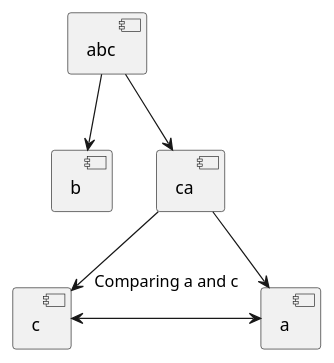
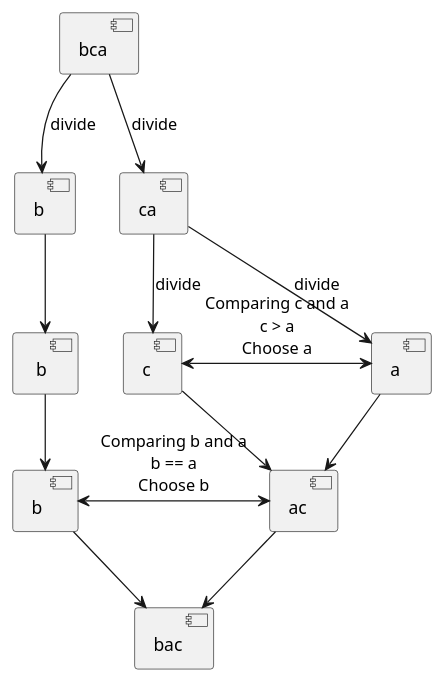
Before and after one commit to UnresolvedCold/blog: the diagram in org/2024-03-17-non-associative-sorting.org, drawn with PlantUML. The commit also changed other lines of this file and 2 other files, not shown here.

```diff
--- a/org/2024-03-17-non-associative-sorting.org
+++ b/org/2024-03-17-non-associative-sorting.org
@@ -142,9 +165,16 @@
-#+begin_src plantuml :results output
+#+begin_src plantuml :file ../src/images/posts/blog-non-associative-sorting/merge-sort-explained.png
 @startuml
-[abc] -D-> [b]
-[abc] -D-> [ca]
-[ca] -D-> [c]
-[ca] -D-> [a]
-[c] <-R-> [a] : Comparing a and c\n
+[bca] -D-> [b] : divide
+[bca] -D-> [ca] : divide
+[ca] -D-> [c] : divide
+[ca] -D-> [a] : divide
+[c] <-R-> [a] : Comparing c and a\nc > a\nChoose a
+[c] -D-> [ac]
+[a] -D-> [ac]
+[b] -D-> [ b]
+[ b] -D-> [b ]
+[b ] <-R-> [ac] : Comparing b and a\nb == a\nChoose b
+[b ] -D-> [bac]
+[ac] -D-> [bac]
 @enduml
 #+end_src
```
